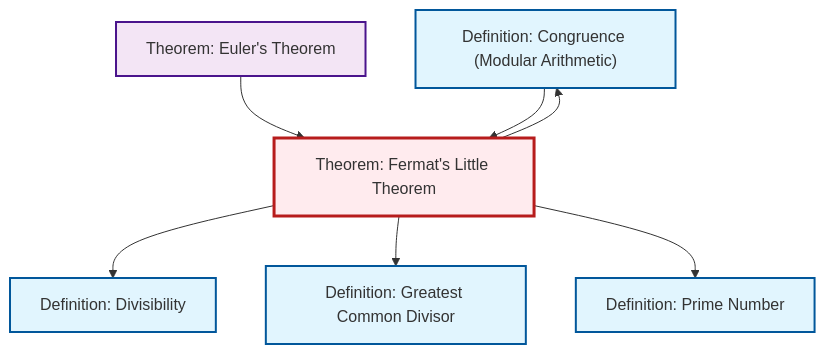
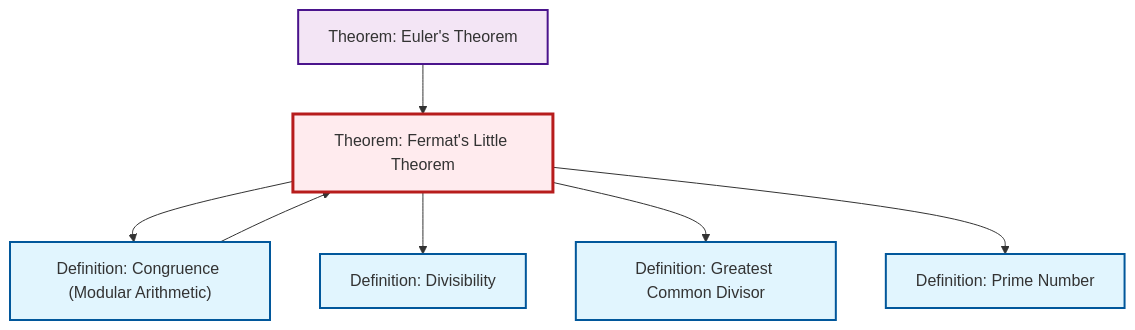
The diagram in content/en/number-theory/thm-fermat-little.qmd (RK0429/ModernMath), drawn with Mermaid before and after one commit. The commit also changed other lines of this file and 597 other files, not shown here.

````diff
--- a/content/en/number-theory/thm-fermat-little.qmd
+++ b/content/en/number-theory/thm-fermat-little.qmd
@@ -90,27 +90,27 @@
 ```{mermaid}
 %%| fig-cap: "Local dependency graph"
 graph TD
     classDef definition fill:#e1f5fe,stroke:#01579b,stroke-width:2px
     classDef theorem fill:#f3e5f5,stroke:#4a148c,stroke-width:2px
     classDef axiom fill:#fff3e0,stroke:#e65100,stroke-width:2px
     classDef example fill:#e8f5e9,stroke:#1b5e20,stroke-width:2px
     classDef current fill:#ffebee,stroke:#b71c1c,stroke-width:3px
-    def-divisibility["Definition: Divisibility"]:::definition
-    def-prime["Definition: Prime Number"]:::definition
-    def-congruence["Definition: Congruence (Modular Arithmetic)"]:::definition
     thm-euler["Theorem: Euler's Theorem"]:::theorem
     def-gcd["Definition: Greatest Common Divisor"]:::definition
+    def-congruence["Definition: Congruence (Modular Arithmetic)"]:::definition
     thm-fermat-little["Theorem: Fermat's Little Theorem"]:::theorem
+    def-prime["Definition: Prime Number"]:::definition
+    def-divisibility["Definition: Divisibility"]:::definition
     thm-fermat-little --> def-congruence
+    thm-fermat-little --> def-divisibility
+    def-congruence --> thm-fermat-little
     thm-euler --> thm-fermat-little
-    thm-fermat-little --> def-divisibility
     thm-fermat-little --> def-gcd
     thm-fermat-little --> def-prime
-    def-congruence --> thm-fermat-little
     class thm-fermat-little current
-    click def-divisibility "def-divisibility.html" "Go to Divisibility definition"
-    click def-prime "def-prime.html" "Go to Prime Number definition"
-    click def-congruence "def-congruence.html" "Go to Congruence (Modular Arithmetic) definition"
     click thm-euler "thm-euler.html" "Go to Euler's Theorem theorem"
     click def-gcd "def-gcd.html" "Go to Greatest Common Divisor definition"
+    click def-congruence "def-congruence.html" "Go to Congruence (Modular Arithmetic) definition"
+    click def-prime "def-prime.html" "Go to Prime Number definition"
+    click def-divisibility "def-divisibility.html" "Go to Divisibility definition"
 ```
````
